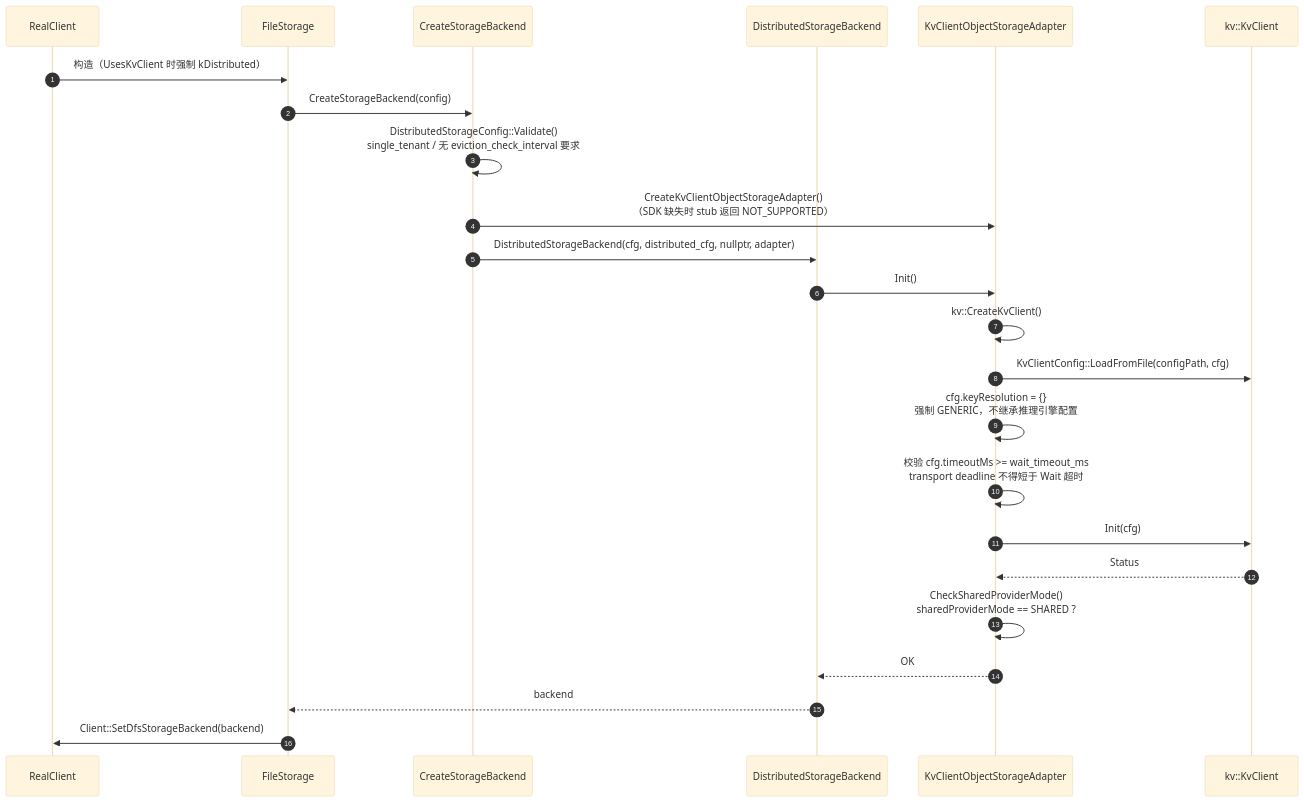
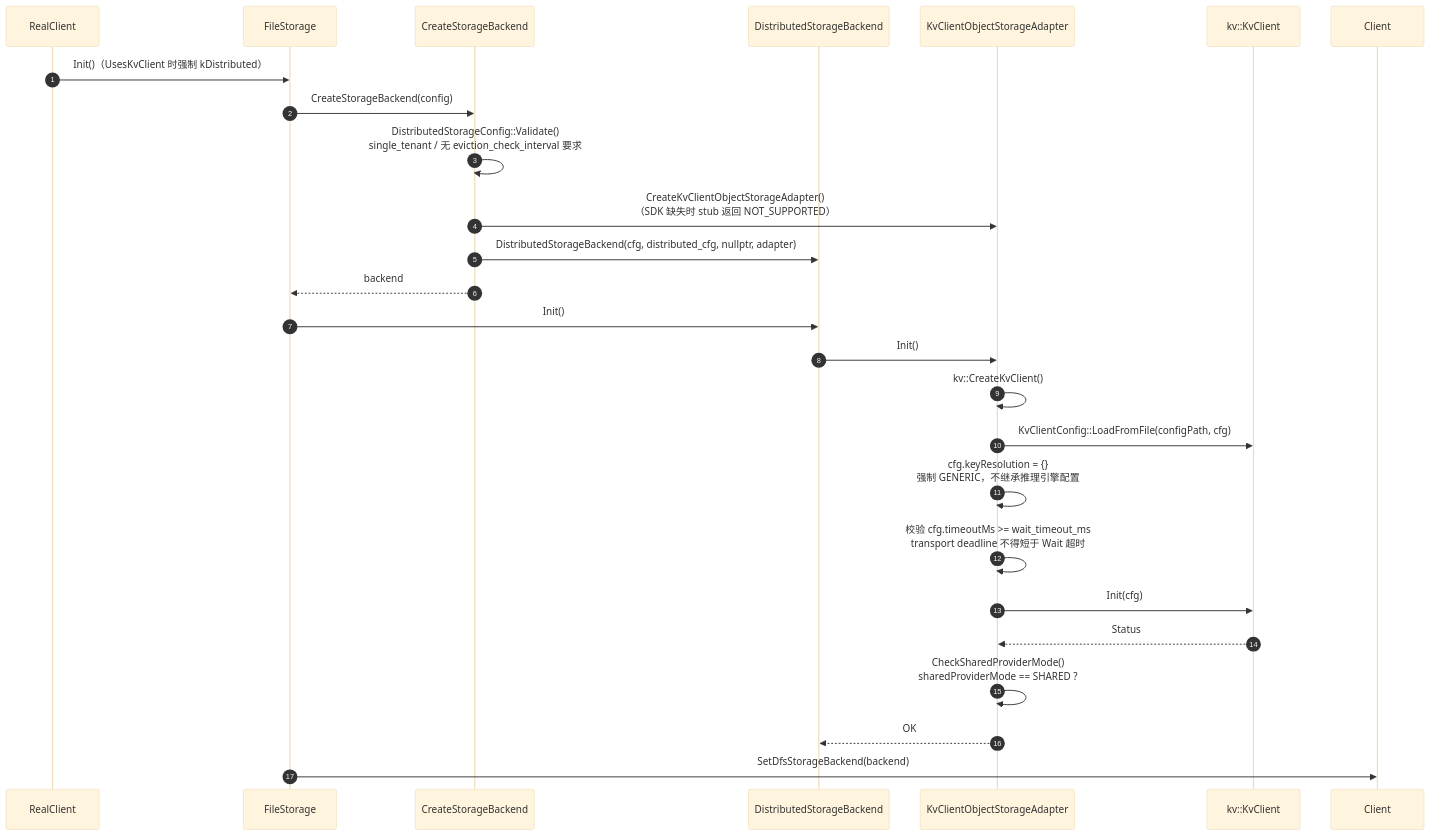
One commit to zwj20000328-dotcom/Mooncake-documents changed the eighth of 13 diagrams in Mooncake + KVClient L3 接入（Kvcs）- v3.md. Above: the diagram before and after it, drawn with Mermaid (base theme). The commit also changed other lines of this file, not shown here.

Commit message:
docs: fix staging-path, diagram and build inconsistencies found by the final audit

````diff
--- a/Mooncake + KVClient L3 接入（Kvcs）- v3.md
+++ b/Mooncake + KVClient L3 接入（Kvcs）- v3.md
@@ -559,27 +561,29 @@
 ```mermaid
 sequenceDiagram
     autonumber
     participant RC as RealClient
     participant FS as FileStorage
     participant F as CreateStorageBackend
     participant BE as DistributedStorageBackend
     participant AD as KvClientObjectStorageAdapter
     participant SDK as kv::KvClient
+    participant C as Client
 
-    RC->>FS: 构造（UsesKvClient 时强制 kDistributed）
+    RC->>FS: Init()（UsesKvClient 时强制 kDistributed）
     FS->>F: CreateStorageBackend(config)
     F->>F: DistributedStorageConfig::Validate()<br/>single_tenant / 无 eviction_check_interval 要求
     F->>AD: CreateKvClientObjectStorageAdapter()<br/>（SDK 缺失时 stub 返回 NOT_SUPPORTED）
     F->>BE: DistributedStorageBackend(cfg, distributed_cfg, nullptr, adapter)
+    F-->>FS: backend
+    FS->>BE: Init()
     BE->>AD: Init()
     AD->>AD: kv::CreateKvClient()
     AD->>SDK: KvClientConfig::LoadFromFile(configPath, cfg)
     AD->>AD: cfg.keyResolution = {}<br/>强制 GENERIC，不继承推理引擎配置
     AD->>AD: 校验 cfg.timeoutMs >= wait_timeout_ms<br/>transport deadline 不得短于 Wait 超时
     AD->>SDK: Init(cfg)
     SDK-->>AD: Status
     AD->>AD: CheckSharedProviderMode()<br/>sharedProviderMode == SHARED ?
     AD-->>BE: OK
-    BE-->>FS: backend
-    FS->>RC: Client::SetDfsStorageBackend(backend)
+    FS->>C: SetDfsStorageBackend(backend)
 ```
````
